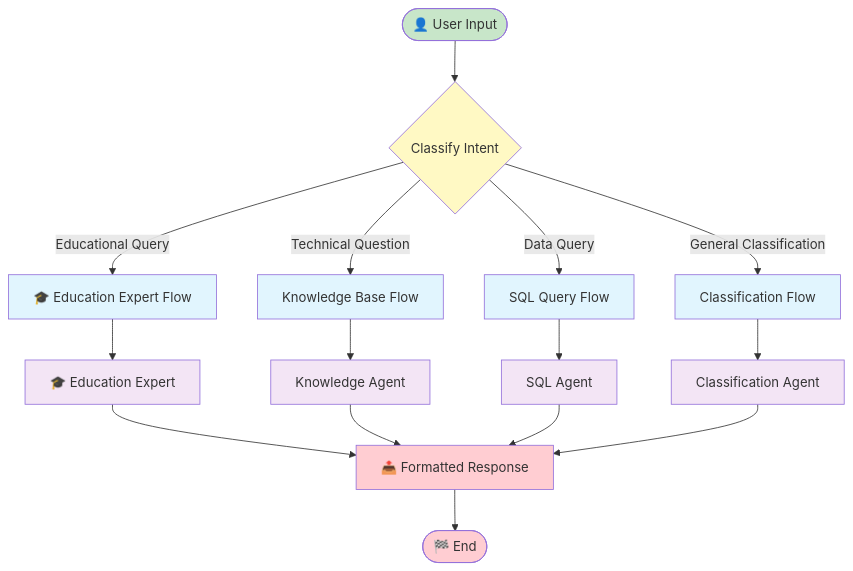
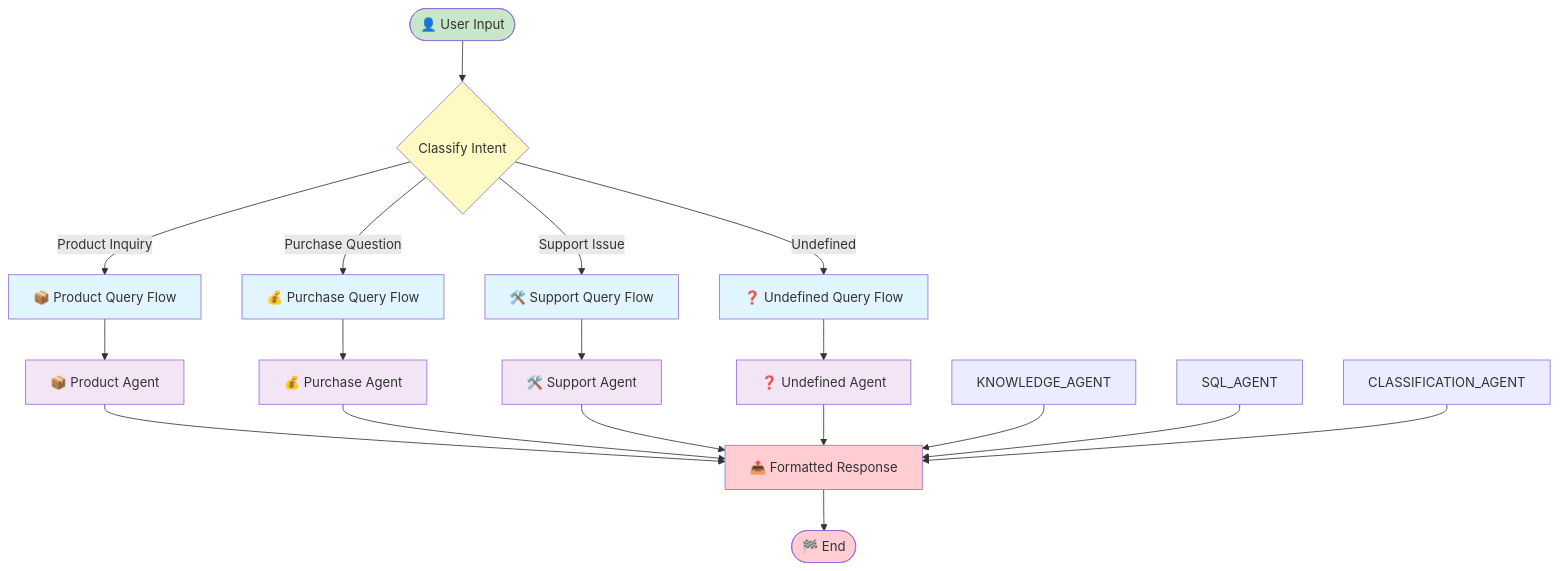
One commit to the-ingenious-dark-knight/Insight_Ingenious changed the third of 10 diagrams in docs/workflows/README.md. Above: the diagram before and after it, drawn with Mermaid. The commit also changed other lines of this file and 5 other files, not shown here.

````diff
--- a/docs/workflows/README.md
+++ b/docs/workflows/README.md
@@ -128,33 +128,36 @@
 ```mermaid
 flowchart TD
     START([👤 User Input]) --> CLASSIFY{ Classify Intent}
 
-    CLASSIFY -->|Educational Query| EDUCATION_FLOW[🎓 Education Expert Flow]
-    CLASSIFY -->|Technical Question| KNOWLEDGE_FLOW[ Knowledge Base Flow]
-    CLASSIFY -->|Data Query| SQL_FLOW[ SQL Query Flow]
-    CLASSIFY -->|General Classification| CLASSIFICATION_FLOW[ Classification Flow]
+    CLASSIFY -->|Product Inquiry| PRODUCT_FLOW[📦 Product Query Flow]
+    CLASSIFY -->|Purchase Question| PURCHASE_FLOW[💰 Purchase Query Flow]
+    CLASSIFY -->|Support Issue| SUPPORT_FLOW[🛠️ Support Query Flow]
+    CLASSIFY -->|Undefined| UNDEFINED_FLOW[❓ Undefined Query Flow]
 
-    EDUCATION_FLOW --> EDUCATION_AGENT[🎓 Education Expert]
-    KNOWLEDGE_FLOW --> KNOWLEDGE_AGENT[ Knowledge Agent]
-    SQL_FLOW --> SQL_AGENT[ SQL Agent]
-    CLASSIFICATION_FLOW --> CLASSIFICATION_AGENT[ Classification Agent]
+    PRODUCT_FLOW --> PRODUCT_AGENT[📦 Product Agent]
+    PURCHASE_FLOW --> PURCHASE_AGENT[💰 Purchase Agent]
+    SUPPORT_FLOW --> SUPPORT_AGENT[🛠️ Support Agent]
+    UNDEFINED_FLOW --> UNDEFINED_AGENT[❓ Undefined Agent]
 
-    EDUCATION_AGENT --> RESPONSE[📤 Formatted Response]
+    PRODUCT_AGENT --> RESPONSE[📤 Formatted Response]
+    PURCHASE_AGENT --> RESPONSE
+    SUPPORT_AGENT --> RESPONSE
+    UNDEFINED_AGENT --> RESPONSE
     KNOWLEDGE_AGENT --> RESPONSE
     SQL_AGENT --> RESPONSE
     CLASSIFICATION_AGENT --> RESPONSE
 
     RESPONSE --> FINISH([🏁 End])
 
     classDef start fill:#c8e6c9
     classDef decision fill:#fff9c4
     classDef workflow fill:#e1f5fe
     classDef agent fill:#f3e5f5
     classDef finish fill:#ffcdd2
 
     class START start
     class CLASSIFY decision
-    class EDUCATION_FLOW,KNOWLEDGE_FLOW,SQL_FLOW,CLASSIFICATION_FLOW workflow
-    class EDUCATION_AGENT,KNOWLEDGE_AGENT,SQL_AGENT,CLASSIFICATION_AGENT agent
+    class PRODUCT_FLOW,PURCHASE_FLOW,SUPPORT_FLOW,UNDEFINED_FLOW workflow
+    class PRODUCT_AGENT,PURCHASE_AGENT,SUPPORT_AGENT,UNDEFINED_AGENT agent
     class RESPONSE,FINISH finish
 ```
````
